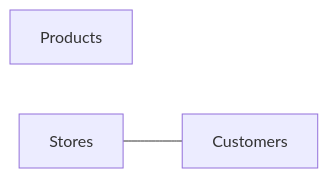
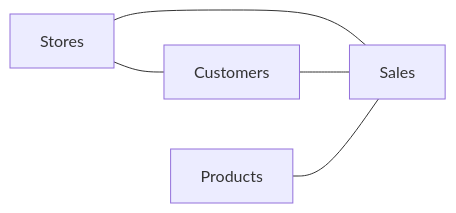
One commit to sirpadk/bi-joe-data-profiler changed the diagram in examples/shoe_company/index.md. Above: the diagram before and after it, drawn with Mermaid. The commit also changed other lines of this file and 28 other files, not shown here.

First line of the commit message:
Key measurement, training lessons, relaxed description rules, schema v2 wiki

````diff
--- a/examples/shoe_company/index.md
+++ b/examples/shoe_company/index.md
@@ -29,7 +29,11 @@
 ```mermaid
 flowchart LR
     t_Customers["Customers"]
     t_Products["Products"]
     t_Stores["Stores"]
+    t_Sales["Sales"]
     t_Stores --- t_Customers
+    t_Stores --- t_Sales
+    t_Customers --- t_Sales
+    t_Products --- t_Sales
 ```
````
